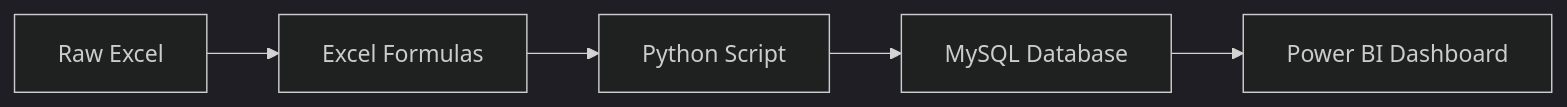
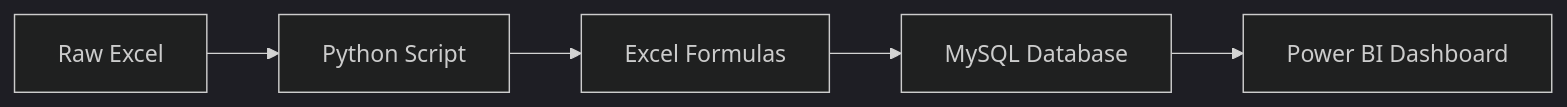
Before and after one commit to hemant1491/website_traffic_ADword_analysis: the diagram in README.md, drawn with Mermaid (dark theme).

````diff
--- a/README.md
+++ b/README.md
@@ -67,7 +67,7 @@
 ```mermaid
 graph LR
-    A[Raw Excel] --> B[Excel Formulas]
-    B --> C[Python Script]
+    A[Raw Excel] --> B[Python Script]
+    B --> C[Excel Formulas]
     C --> D[MySQL Database]
     D --> E[Power BI Dashboard]
 ```
````
